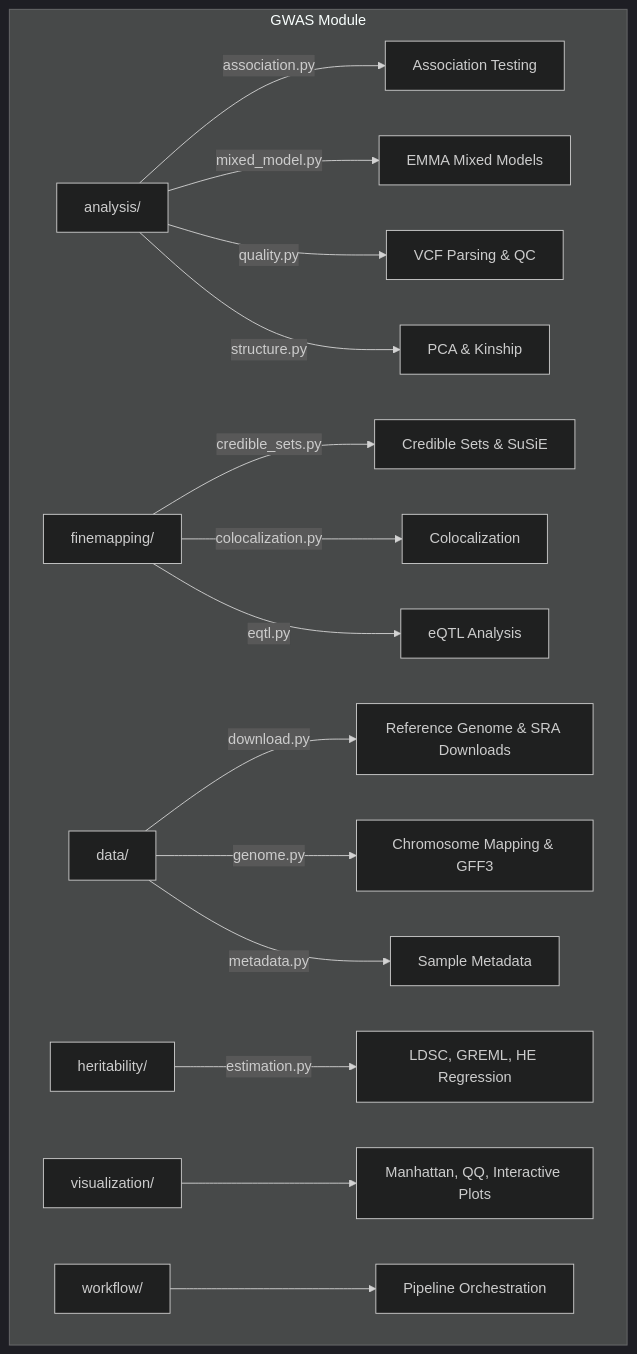
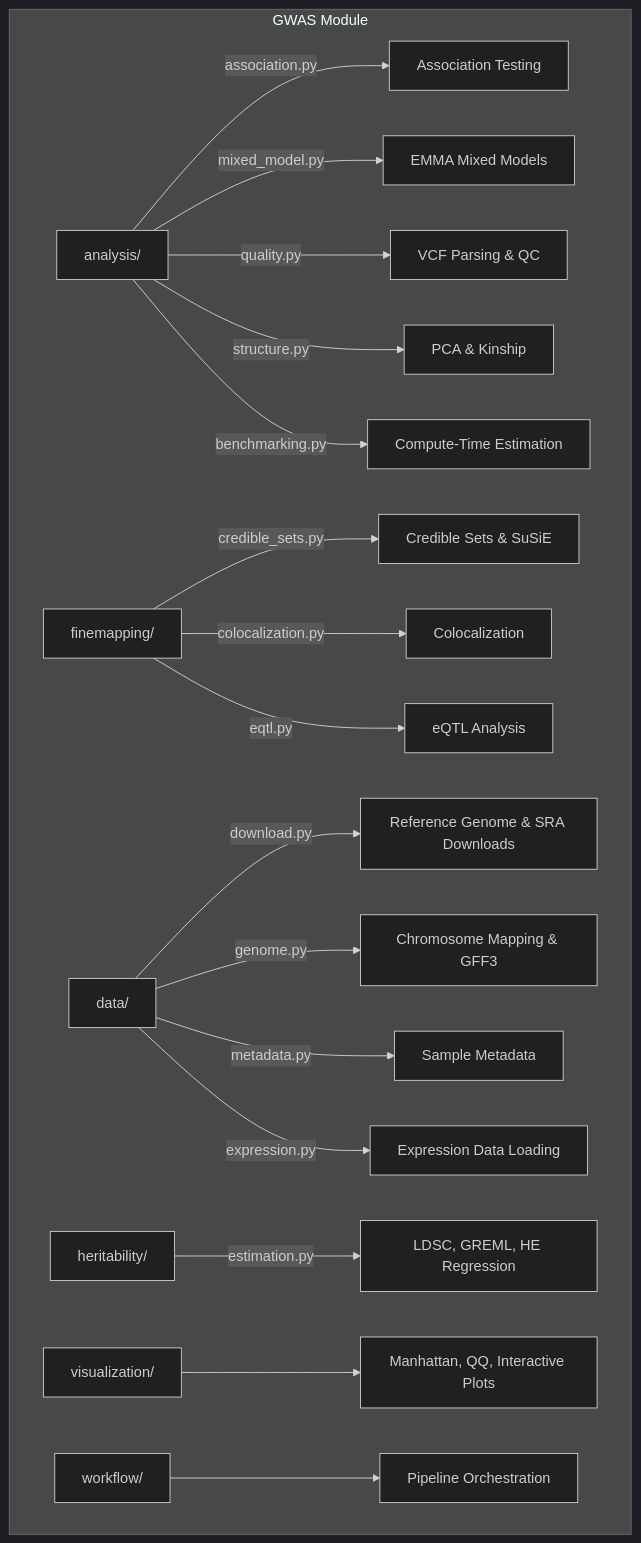
Before and after one commit to docxology/MetaInformAnt: the diagram in src/metainformant/gwas/README.md, drawn with Mermaid (dark theme). The commit also changed other lines of this file and 462 other files, not shown here.

````diff
--- a/src/metainformant/gwas/README.md
+++ b/src/metainformant/gwas/README.md
@@ -7,23 +7,25 @@
 ```mermaid
 graph TD
     subgraph "GWAS Module"
         A[analysis/] --> |association.py| AS[Association Testing]
         A --> |mixed_model.py| LM[EMMA Mixed Models]
         A --> |quality.py| QC[VCF Parsing & QC]
         A --> |structure.py| ST[PCA & Kinship]
+        A --> |benchmarking.py| BM[Compute-Time Estimation]
         
         F[finemapping/] --> |credible_sets.py| CS[Credible Sets & SuSiE]
         F --> |colocalization.py| CO[Colocalization]
         F --> |eqtl.py| EQ[eQTL Analysis]
         
         D[data/] --> |download.py| DL[Reference Genome & SRA Downloads]
         D --> |genome.py| GN[Chromosome Mapping & GFF3]
         D --> |metadata.py| MD[Sample Metadata]
+        D --> |expression.py| EX[Expression Data Loading]
         
         H[heritability/] --> |estimation.py| HE[LDSC, GREML, HE Regression]
         
         V[visualization/] --> VIS[Manhattan, QQ, Interactive Plots]
         
         W[workflow/] --> WF[Pipeline Orchestration]
     end
 ```
````
